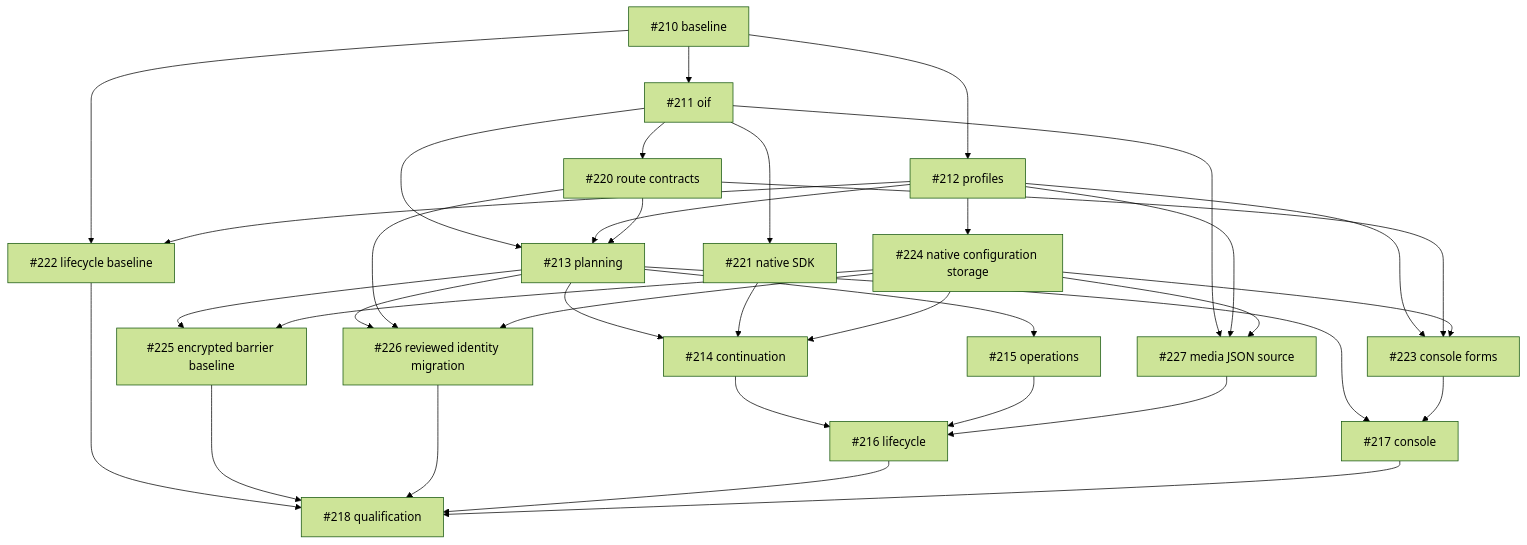
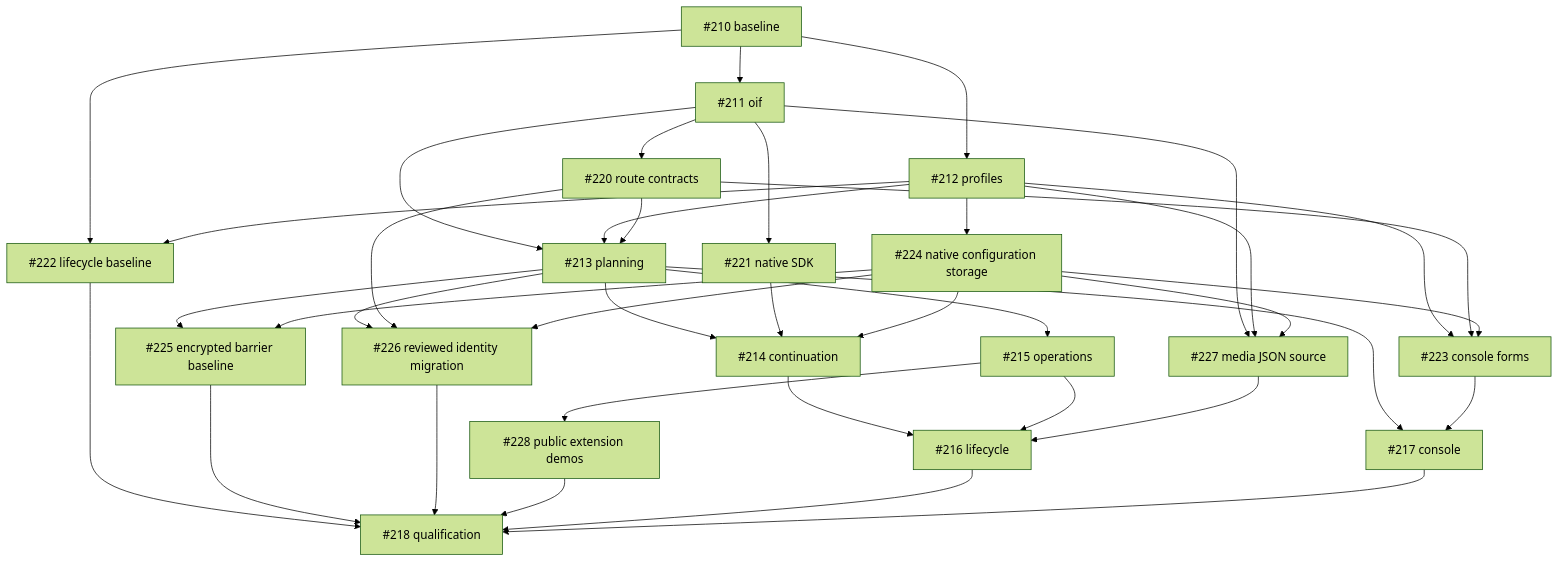
Before and after one commit to tyk-swe/olp: the diagram in docs/implementation/oif.md, drawn with Mermaid (forest theme). The commit also changed other lines of this file, not shown here.

Commit message:
Track public extension qualification

````diff
--- a/docs/implementation/oif.md
+++ b/docs/implementation/oif.md
@@ -7,55 +7,58 @@
 ```mermaid
 graph TD
   baseline["#210 baseline"]
   oif["#211 oif"]
   baseline --> oif
   profiles["#212 profiles"]
   baseline --> profiles
   native_config_storage["#224 native configuration storage"]
   profiles --> native_config_storage
   planning["#213 planning"]
   oif --> planning
   profiles --> planning
   route_contracts["#220 route contracts"]
   oif --> route_contracts
   route_contracts --> planning
   continuation["#214 continuation"]
   planning --> continuation
   native_sdk["#221 native SDK"]
   oif --> native_sdk
   native_sdk --> continuation
   native_config_storage --> continuation
   operations["#215 operations"]
   planning --> operations
   lifecycle["#216 lifecycle"]
   continuation --> lifecycle
   operations --> lifecycle
   media_source_foundation["#227 media JSON source"]
   oif --> media_source_foundation
   profiles --> media_source_foundation
   native_config_storage --> media_source_foundation
   media_source_foundation --> lifecycle
   console["#217 console"]
   planning --> console
   console_forms["#223 console forms"]
   profiles --> console_forms
   route_contracts --> console_forms
   native_config_storage --> console_forms
   console_forms --> console
   qualification["#218 qualification"]
   lifecycle_baseline["#222 lifecycle baseline"]
   baseline --> lifecycle_baseline
   profiles --> lifecycle_baseline
   lifecycle_baseline --> qualification
   barrier_baseline["#225 encrypted barrier baseline"]
   planning --> barrier_baseline
   native_config_storage --> barrier_baseline
   barrier_baseline --> qualification
   migration_foundation["#226 reviewed identity migration"]
   planning --> migration_foundation
   route_contracts --> migration_foundation
   native_config_storage --> migration_foundation
   migration_foundation --> qualification
+  extension_demos["#228 public extension demos"]
+  operations --> extension_demos
+  extension_demos --> qualification
   lifecycle --> qualification
   console --> qualification
 ```
````
